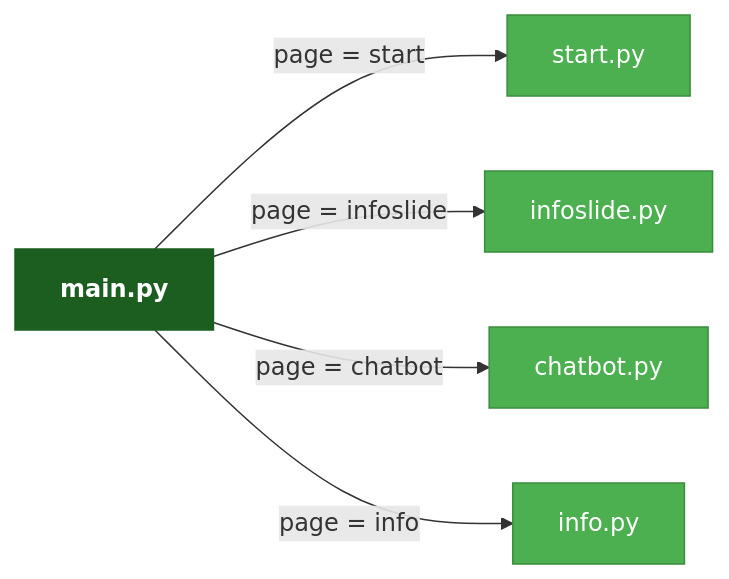
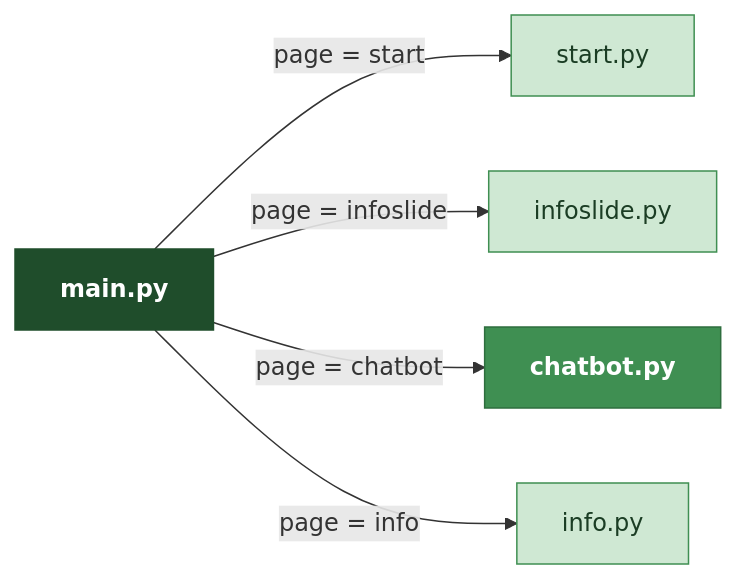
One commit to young017/VEGAN changed the first of 3 diagrams in README.md. Above: the diagram before and after it, drawn with Mermaid. The commit also changed other lines of this file, not shown here.

````diff
--- a/README.md
+++ b/README.md
@@ -13,9 +13,10 @@
 ```mermaid
 graph LR
-    classDef main fill:#1b5e20,stroke:#1b5e20,color:#fff,font-weight:bold
-    classDef module fill:#4CAF50,stroke:#388E3C,color:#fff
+    classDef main   fill:#1F4D2B,stroke:#1F4D2B,color:#fff,font-weight:bold
+    classDef core   fill:#3F8F52,stroke:#2E6E3E,color:#fff,font-weight:bold
+    classDef module fill:#CFE8D3,stroke:#3F8F52,color:#1B3D24
     A[main.py]:::main -->|page = start| B[start.py]:::module
     A -->|page = infoslide| C[infoslide.py]:::module
-    A -->|page = chatbot| D[chatbot.py]:::module
+    A -->|page = chatbot| D[chatbot.py]:::core
     A -->|page = info| E[info.py]:::module
 ```
````
